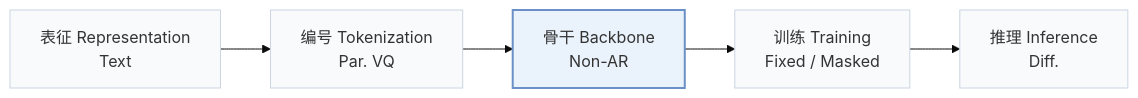
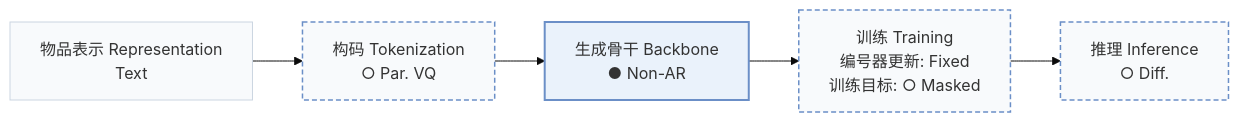
One commit to Galaxy-ghost/Awesome-SID-Generative-Rec changed the first of 4 diagrams in pages/zh/papers/llada-rec.md. Above: the diagram before and after it, drawn with Mermaid (base theme). The commit also changed other lines of this file and 558 other files, not shown here.

````diff
--- a/pages/zh/papers/llada-rec.md
+++ b/pages/zh/papers/llada-rec.md
@@ -15,8 +18,10 @@
 ```mermaid
 flowchart LR
-    R["表征 Representation<br/>Text"] --> T["编号 Tokenization<br/>Par. VQ"] --> B["骨干 Backbone<br/>Non-AR"] --> TR["训练 Training<br/>Fixed / Masked"] --> I["推理 Inference<br/>Diff."]
+    R["物品表示 Representation<br/>Text"] --> T["构码 Tokenization<br/>○ Par. VQ"] --> B["生成骨干 Backbone<br/>● Non-AR"] --> TR["训练 Training<br/>编号器更新: Fixed<br/>训练目标: ○ Masked"] --> I["推理 Inference<br/>○ Diff."]
     classDef base fill:#f8fafc,stroke:#cbd5e1
     class R,T,B,TR,I base
+    classDef other fill:#f8fafc,stroke:#6b8fc7,stroke-width:1.5px,stroke-dasharray:5 3
+    class T,TR,I other
     classDef main fill:#eaf2fb,stroke:#6b8fc7,stroke-width:2px
     class B main
 ```
````
